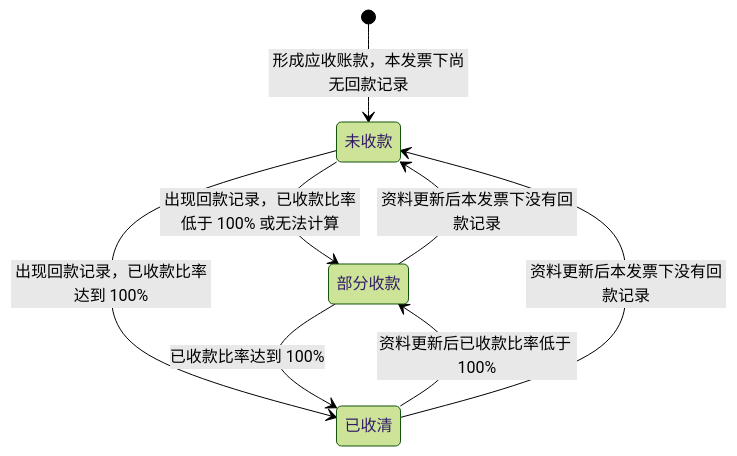
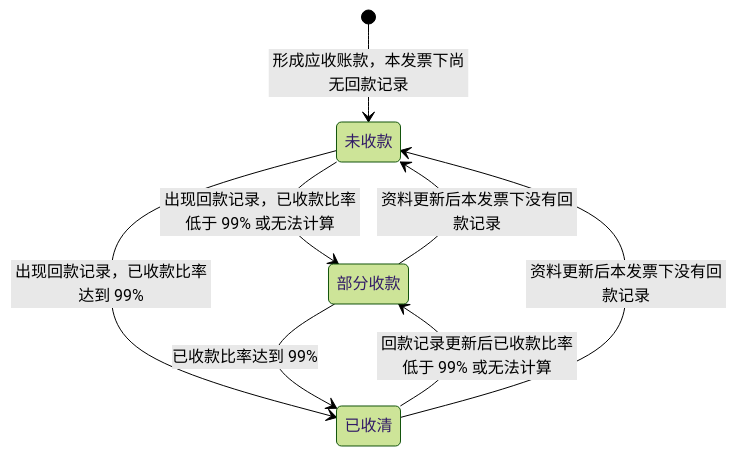
One commit to wxblockchain/Chain-Financing changed the fourth of 6 diagrams in asset-trust-platform/PRD/两端共用/M3-应收账款与发票/02-应收账款与发票-流程图与状态机.md. Above: the diagram before and after it, drawn with Mermaid (forest theme). The commit also changed other lines of this file and 3 other files, not shown here.

````diff
--- a/asset-trust-platform/PRD/两端共用/M3-应收账款与发票/02-应收账款与发票-流程图与状态机.md
+++ b/asset-trust-platform/PRD/两端共用/M3-应收账款与发票/02-应收账款与发票-流程图与状态机.md
@@ -80,10 +80,10 @@
 ```mermaid
 stateDiagram-v2
     [*] --> 未收款: 形成应收账款，本发票下尚无回款记录
-    未收款 --> 部分收款: 出现回款记录，已收款比率低于 100% 或无法计算
-    未收款 --> 已收清: 出现回款记录，已收款比率达到 100%
-    部分收款 --> 已收清: 已收款比率达到 100%
-    已收清 --> 部分收款: 资料更新后已收款比率低于 100%
+    未收款 --> 部分收款: 出现回款记录，已收款比率低于 99% 或无法计算
+    未收款 --> 已收清: 出现回款记录，已收款比率达到 99%
+    部分收款 --> 已收清: 已收款比率达到 99%
+    已收清 --> 部分收款: 回款记录更新后已收款比率低于 99% 或无法计算
     部分收款 --> 未收款: 资料更新后本发票下没有回款记录
     已收清 --> 未收款: 资料更新后本发票下没有回款记录
 ```
````
